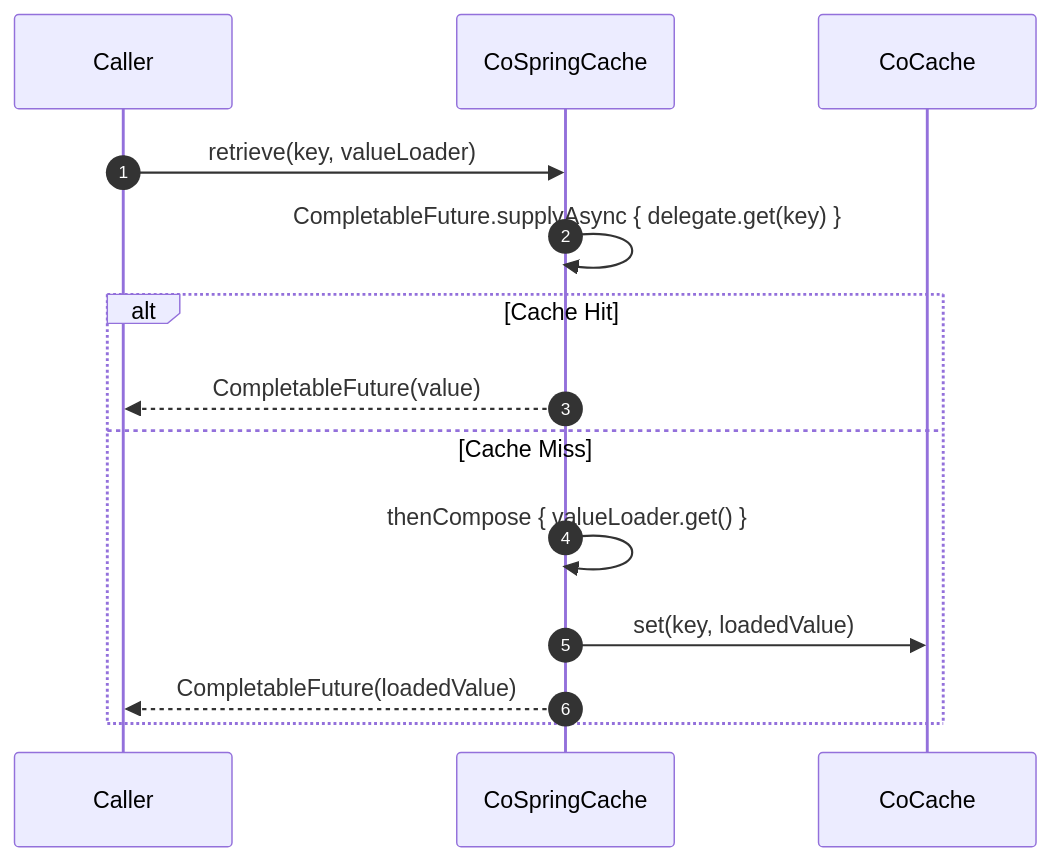
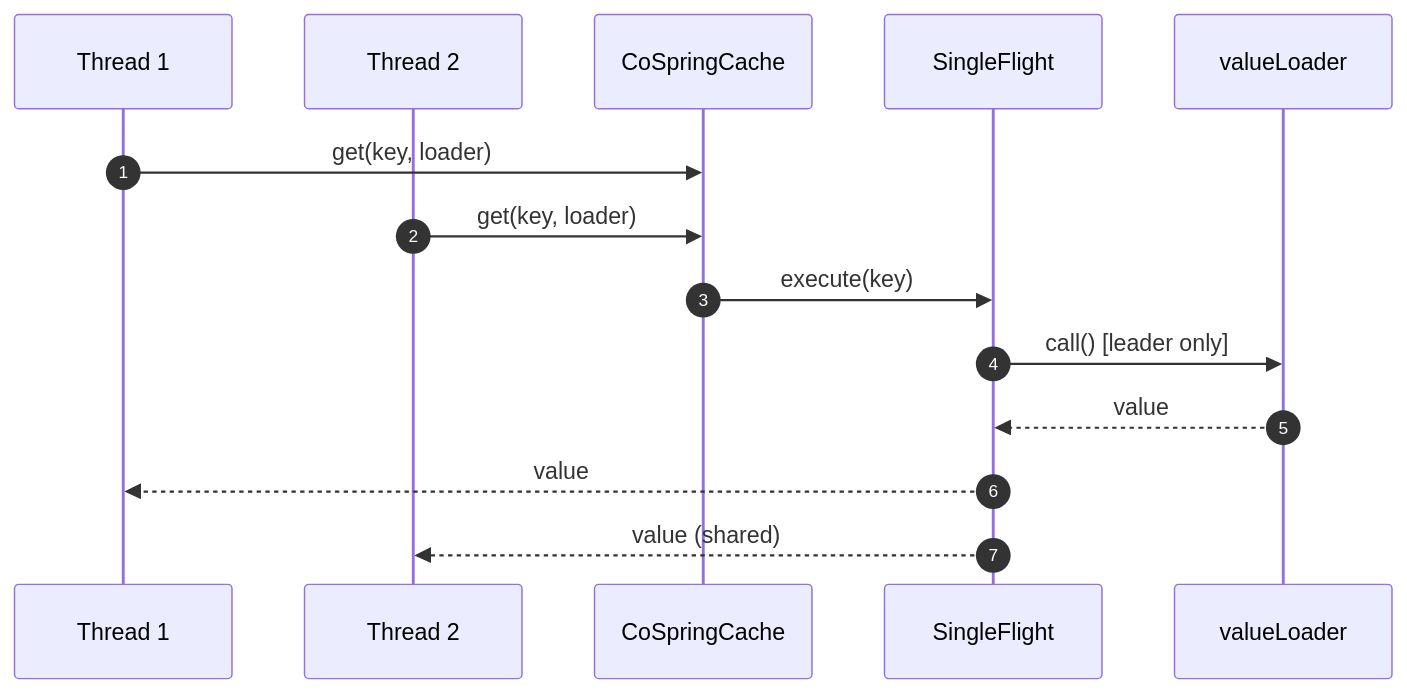
The second of 2 diagrams in wiki/modules/cocache-spring-cache.md (Ahoo-Wang/CoCache), drawn with Mermaid before and after one commit. The commit also changed other lines of this file and 256 other files, not shown here.

````diff
--- a/wiki/modules/cocache-spring-cache.md
+++ b/wiki/modules/cocache-spring-cache.md
@@ -176,18 +56,17 @@
 ```mermaid
 sequenceDiagram
 autonumber
-    participant Caller as Caller
+    participant T1 as Thread 1
+    participant T2 as Thread 2
     participant CSC as CoSpringCache
-    participant Cache as CoCache
+    participant SF as SingleFlight
+    participant L as valueLoader
 
-    Caller->>CSC: retrieve(key, valueLoader)
-    CSC->>CSC: CompletableFuture.supplyAsync { delegate.get(key) }
-
-    alt Cache Hit
-        CSC-->>Caller: CompletableFuture(value)
-    else Cache Miss
-        CSC->>CSC: thenCompose { valueLoader.get() }
-        CSC->>Cache: set(key, loadedValue)
-        CSC-->>Caller: CompletableFuture(loadedValue)
-    end
+    T1->>CSC: get(key, loader)
+    T2->>CSC: get(key, loader)
+    CSC->>SF: execute(key)
+    SF->>L: call() [leader only]
+    L-->>SF: value
+    SF-->>T1: value
+    SF-->>T2: value (shared)
 ```
````
